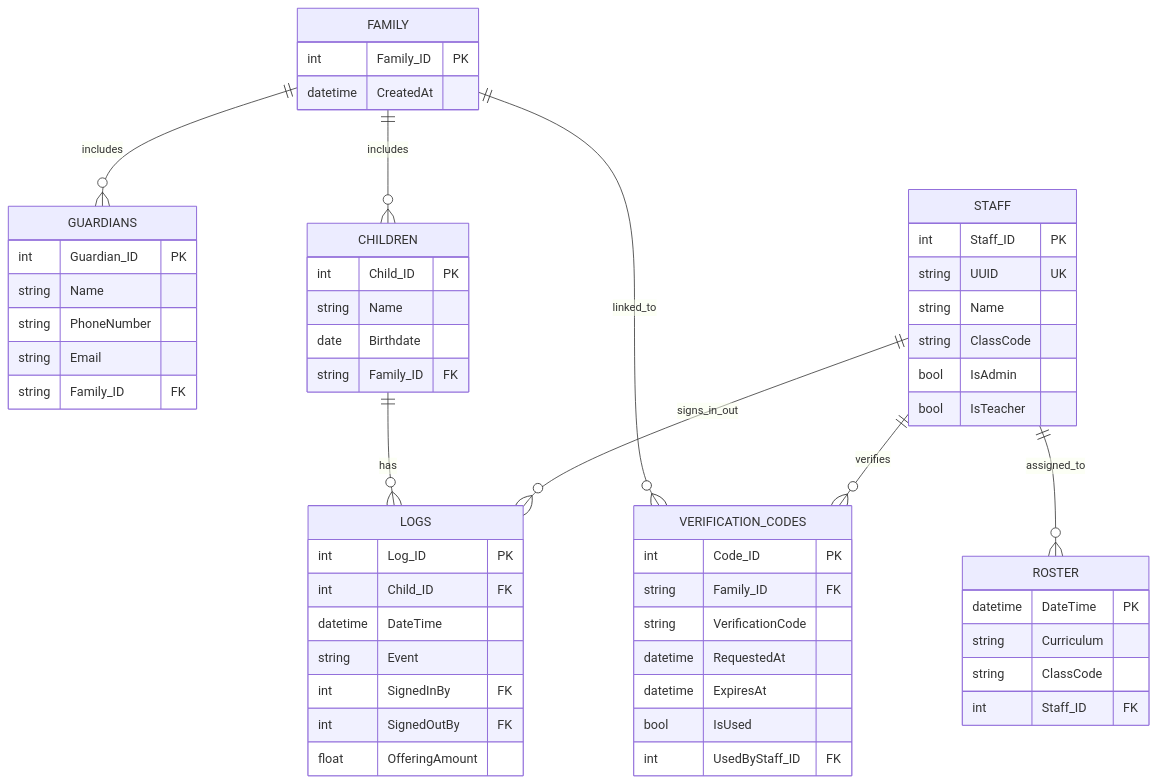
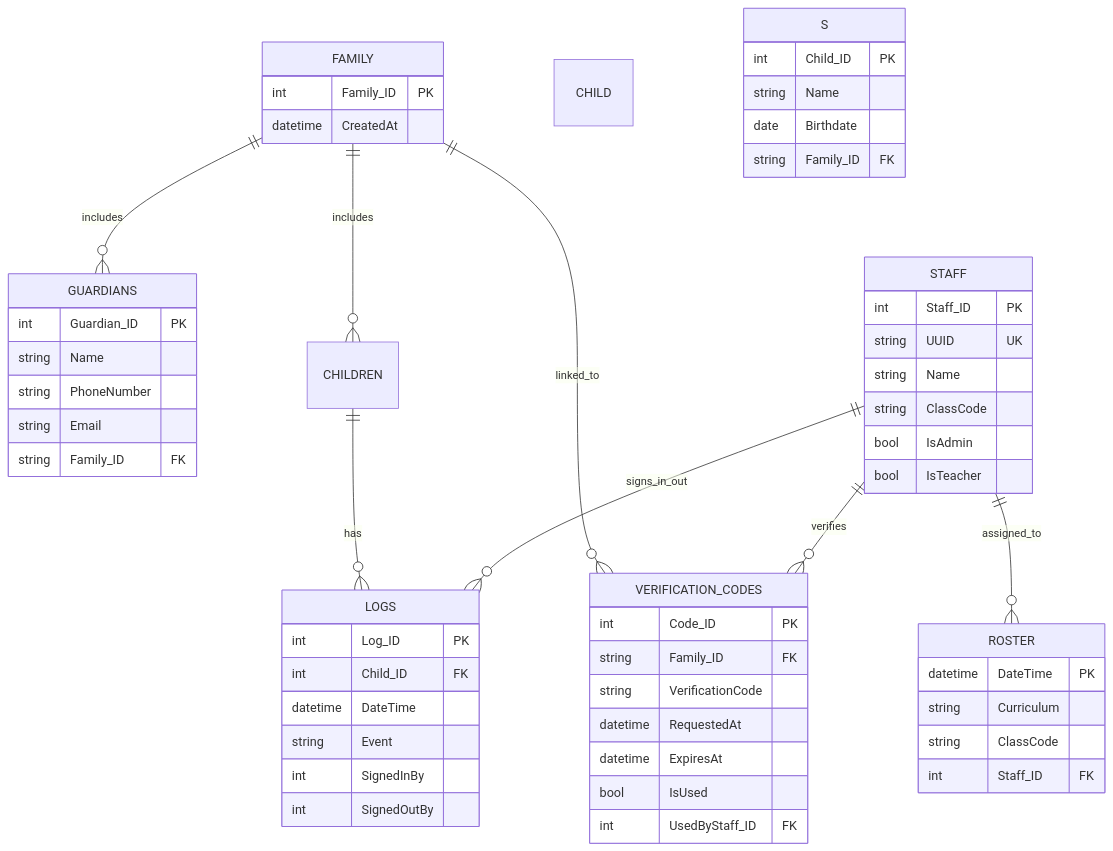
One commit to Marsuvees/childrens-church-management-and-pickup-system changed the second of 3 diagrams in Structure.md. Above: the diagram before and after it, drawn with Mermaid. The commit also changed 2 other files, not shown here.

Commit message:
began the database creation but using sqlite3 for testing purposes only. Also made some changes to the structure.md file.

````diff
--- a/Structure.md
+++ b/Structure.md
@@ -31,66 +31,65 @@
 ```mermaid
 erDiagram
     FAMILY {
         int Family_ID PK
         datetime CreatedAt
     }
 
     GUARDIANS {
         int Guardian_ID PK
         string Name
         string PhoneNumber
         string Email
         string Family_ID FK
     }
 
-    CHILDREN {
+    CHILD S {
         int Child_ID PK
         string Name
         date Birthdate
         string Family_ID FK
     }
 
     STAFF {
         int Staff_ID PK
         string UUID UK
         string Name
         string ClassCode
         bool IsAdmin
         bool IsTeacher
     }
 
     LOGS {
         int Log_ID PK
         int Child_ID FK
         datetime DateTime
         string Event
-        int SignedInBy FK
-        int SignedOutBy FK
-        float OfferingAmount
+        int SignedInBy 
+        int SignedOutBy
     }
 
     ROSTER {
         datetime DateTime PK
         string Curriculum
         string ClassCode
         int Staff_ID FK
     }
 
     VERIFICATION_CODES {
         int Code_ID PK
         string Family_ID FK
         string VerificationCode
         datetime RequestedAt
         datetime ExpiresAt
         bool IsUsed
         int UsedByStaff_ID FK
     }
 
     FAMILY ||--o{ GUARDIANS : includes
     FAMILY ||--o{ CHILDREN : includes
     FAMILY ||--o{ VERIFICATION_CODES : linked_to
     STAFF  ||--o{ VERIFICATION_CODES : verifies
     CHILDREN ||--o{ LOGS : has
     STAFF ||--o{ LOGS : signs_in_out
     STAFF ||--o{ ROSTER : assigned_to
 ```
````
